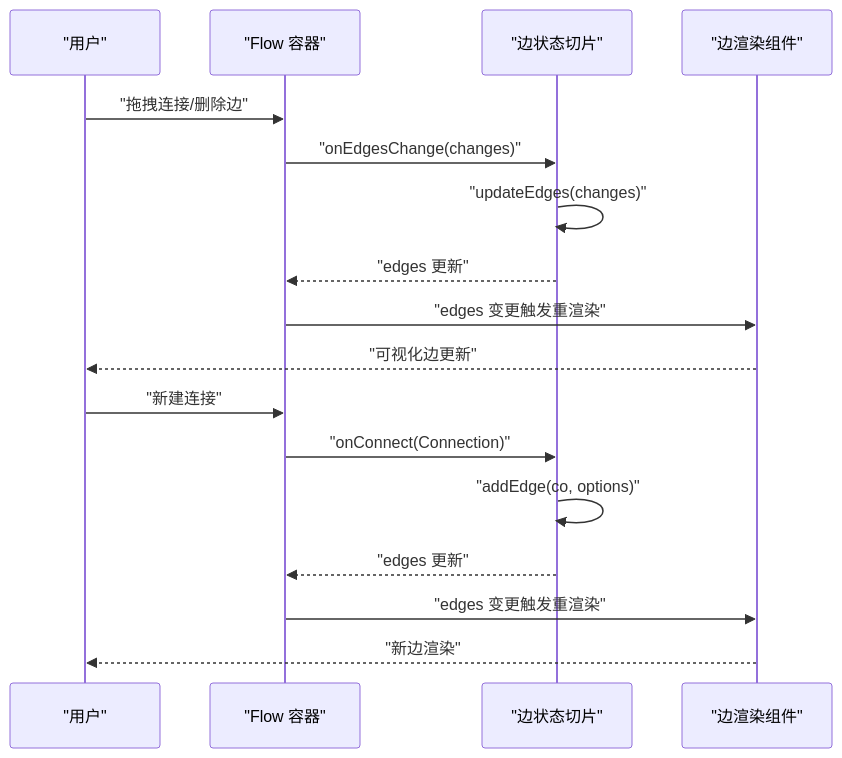
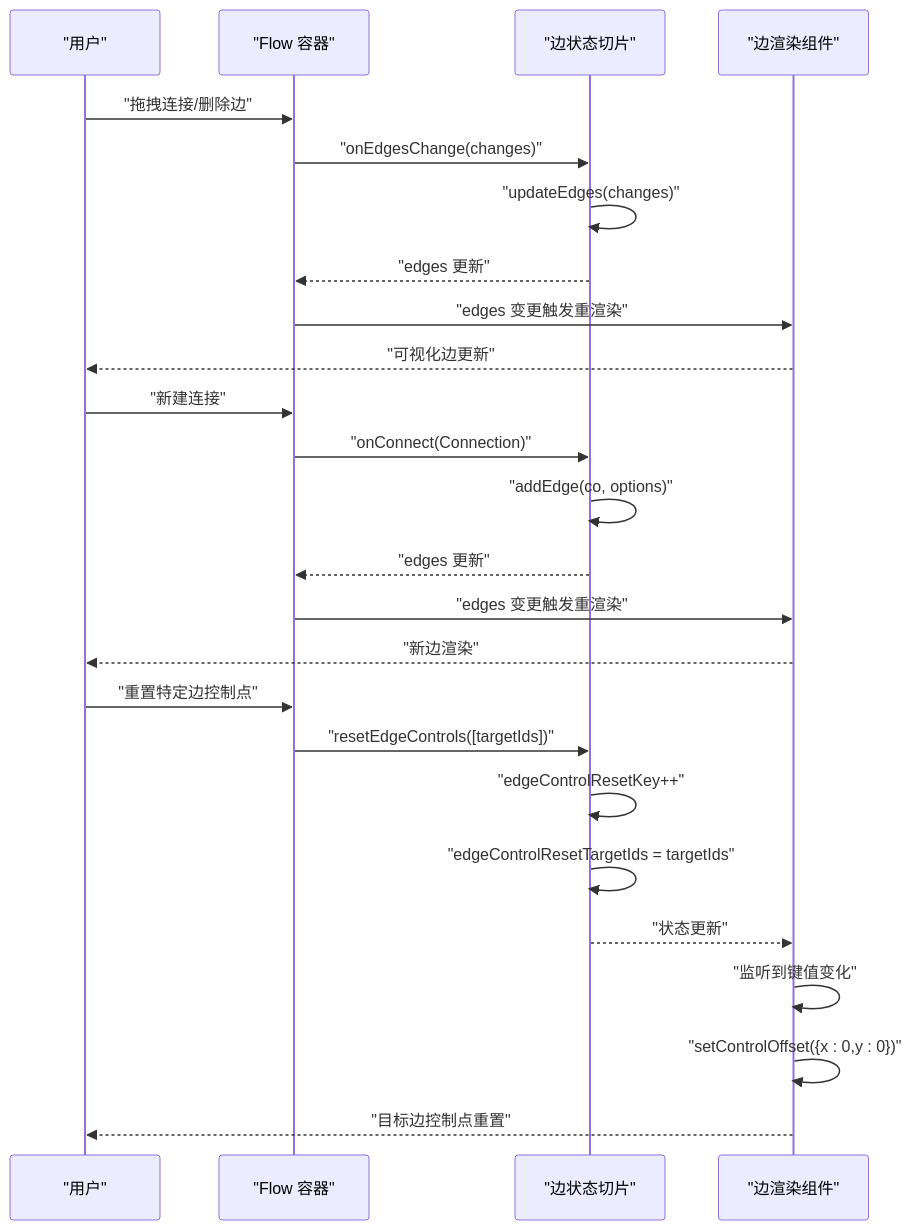
The second of 5 diagrams in .qoder/repowiki/zh/content/核心概念/数据模型/状态管理类型/边状态切片.md (kqcoxn/MaaPipelineEditor), drawn with Mermaid before and after one commit. The commit also changed other lines of this file and 22 other files, not shown here.

````diff
--- a/.qoder/repowiki/zh/content/核心概念/数据模型/状态管理类型/边状态切片.md
+++ b/.qoder/repowiki/zh/content/核心概念/数据模型/状态管理类型/边状态切片.md
@@ -103,19 +132,27 @@
 ```mermaid
 sequenceDiagram
 participant U as "用户"
 participant F as "Flow 容器"
 participant S as "边状态切片"
 participant R as "边渲染组件"
 U->>F : "拖拽连接/删除边"
 F->>S : "onEdgesChange(changes)"
 S->>S : "updateEdges(changes)"
 S-->>F : "edges 更新"
 F->>R : "edges 变更触发重渲染"
 R-->>U : "可视化边更新"
 U->>F : "新建连接"
 F->>S : "onConnect(Connection)"
 S->>S : "addEdge(co, options)"
 S-->>F : "edges 更新"
 F->>R : "edges 变更触发重渲染"
 R-->>U : "新边渲染"
+U->>F : "重置特定边控制点"
+F->>S : "resetEdgeControls([targetIds])"
+S->>S : "edgeControlResetKey++"
+S->>S : "edgeControlResetTargetIds = targetIds"
+S-->>R : "状态更新"
+R->>R : "监听到键值变化"
+R->>R : "setControlOffset({x : 0,y : 0})"
+R-->>U : "目标边控制点重置"
 ```
````
